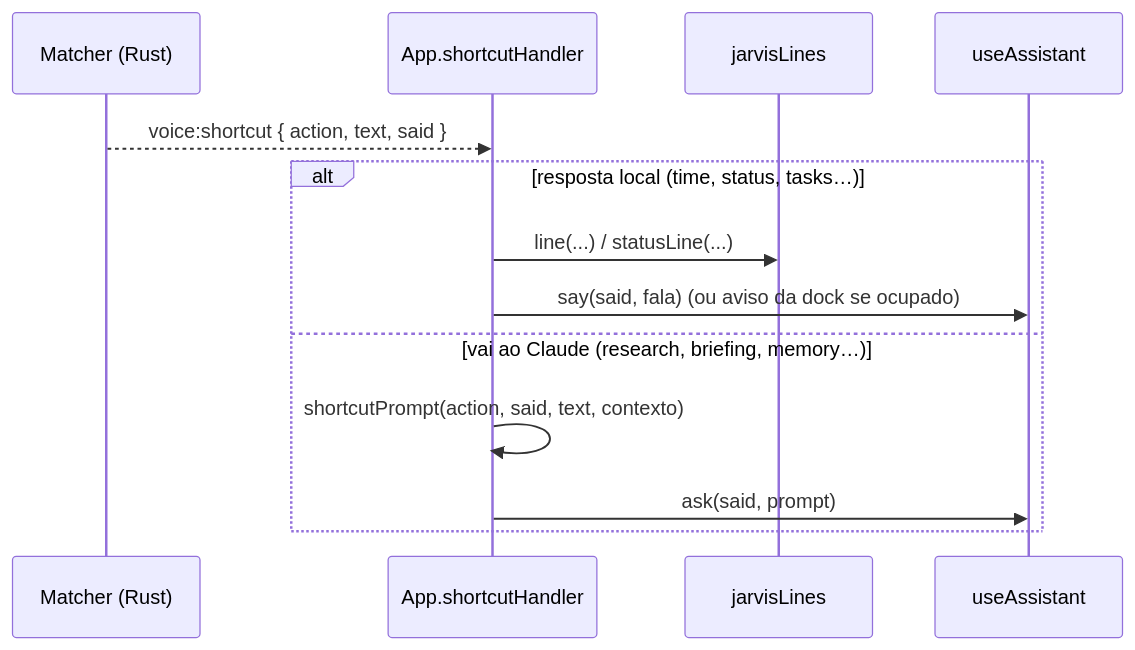
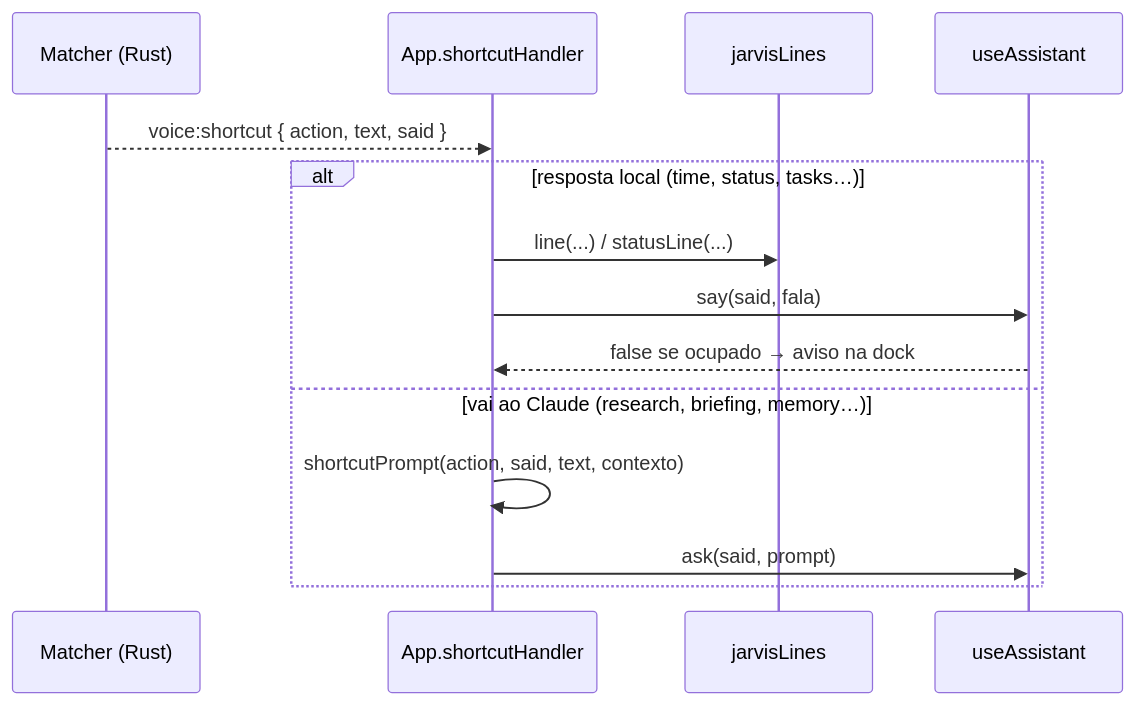
The diagram in .specs/features/voice-shortcuts/spec.md (felipeAguiarCode/jvOS), drawn with Mermaid before and after one commit. The commit also changed other lines of this file and 90 other files, not shown here.

````diff
--- a/.specs/features/voice-shortcuts/spec.md
+++ b/.specs/features/voice-shortcuts/spec.md
@@ -234,15 +360,16 @@
 ```mermaid
 sequenceDiagram
   participant R as Matcher (Rust)
   participant A as App.shortcutHandler
   participant L as jarvisLines
   participant J as useAssistant
   R-->>A: voice:shortcut { action, text, said }
   alt resposta local (time, status, tasks…)
     A->>L: line(...) / statusLine(...)
-    A->>J: say(said, fala) (ou aviso da dock se ocupado)
+    A->>J: say(said, fala)
+    J-->>A: false se ocupado → aviso na dock
   else vai ao Claude (research, briefing, memory…)
     A->>A: shortcutPrompt(action, said, text, contexto)
     A->>J: ask(said, prompt)
   end
 ```
````
